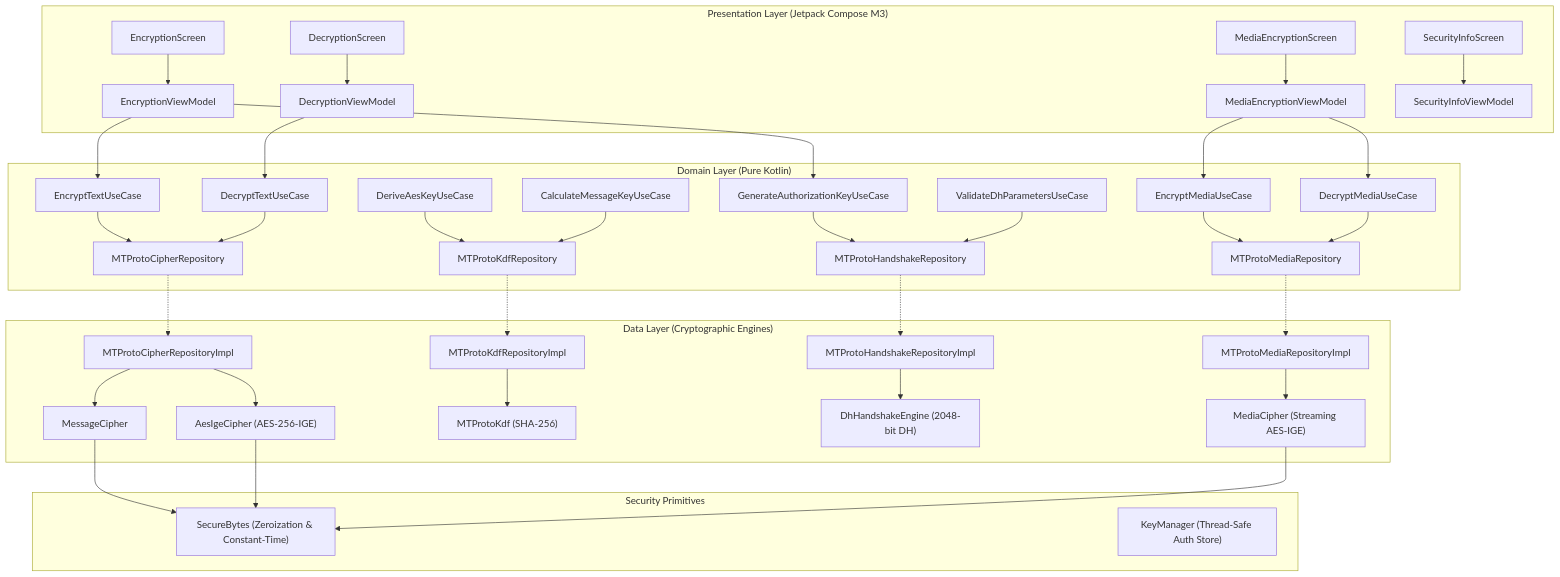
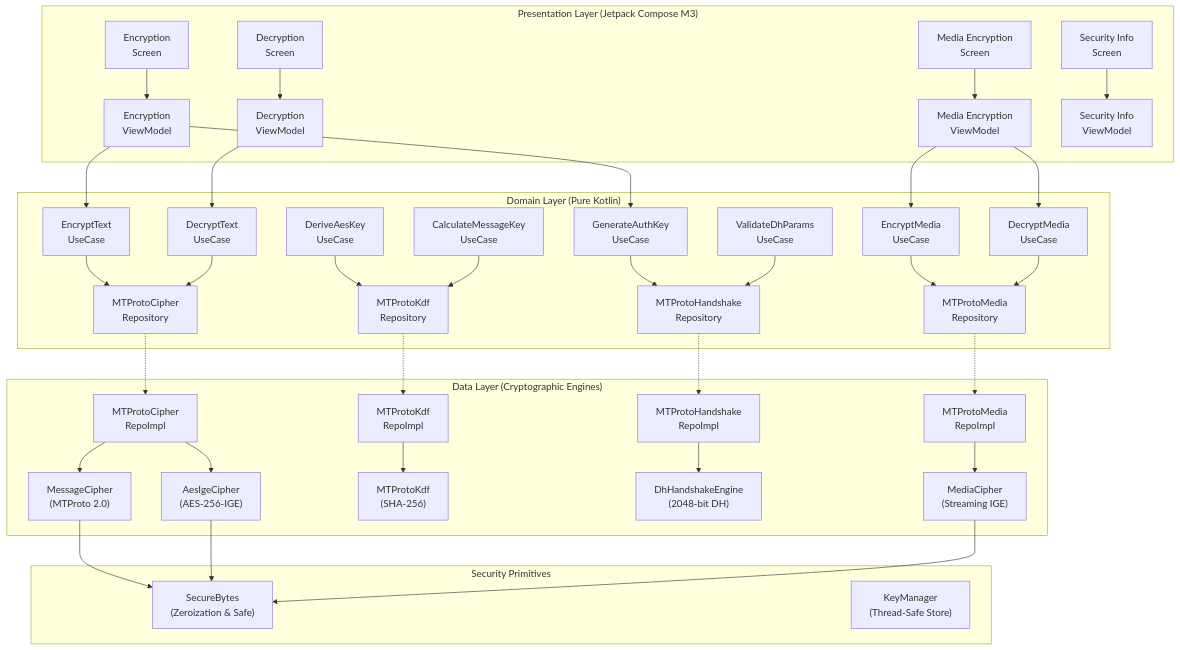
Before and after one commit to gargpadmakar/MTProtoCrypto: the diagram in README.md, drawn with Mermaid.

Commit message:
Wrap Mermaid node labels with line breaks to prevent text cutoff on GitHub

````diff
--- a/README.md
+++ b/README.md
@@ -16,82 +16,82 @@
 ```mermaid
 graph TD
     subgraph UI ["Presentation Layer (Jetpack Compose M3)"]
-        ES[EncryptionScreen]
-        DS[DecryptionScreen]
-        MS[MediaEncryptionScreen]
-        SS[SecurityInfoScreen]
+        ES["Encryption<br/>Screen"]
+        DS["Decryption<br/>Screen"]
+        MS["Media Encryption<br/>Screen"]
+        SS["Security Info<br/>Screen"]
         
-        EV[EncryptionViewModel]
-        DV[DecryptionViewModel]
-        MV[MediaEncryptionViewModel]
-        SV[SecurityInfoViewModel]
+        EV["Encryption<br/>ViewModel"]
+        DV["Decryption<br/>ViewModel"]
+        MV["Media Encryption<br/>ViewModel"]
+        SV["Security Info<br/>ViewModel"]
         
         ES --> EV
         DS --> DV
         MS --> MV
         SS --> SV
     end
 
     subgraph Domain ["Domain Layer (Pure Kotlin)"]
-        ET[EncryptTextUseCase]
-        DT[DecryptTextUseCase]
-        EM[EncryptMediaUseCase]
-        DM[DecryptMediaUseCase]
-        DA[DeriveAesKeyUseCase]
-        CM[CalculateMessageKeyUseCase]
-        GA[GenerateAuthorizationKeyUseCase]
-        VD[ValidateDhParametersUseCase]
+        ET["EncryptText<br/>UseCase"]
+        DT["DecryptText<br/>UseCase"]
+        EM["EncryptMedia<br/>UseCase"]
+        DM["DecryptMedia<br/>UseCase"]
+        DA["DeriveAesKey<br/>UseCase"]
+        CM["CalculateMessageKey<br/>UseCase"]
+        GA["GenerateAuthKey<br/>UseCase"]
+        VD["ValidateDhParams<br/>UseCase"]
         
-        CR[MTProtoCipherRepository]
-        KR[MTProtoKdfRepository]
-        HR[MTProtoHandshakeRepository]
-        MR[MTProtoMediaRepository]
+        CR["MTProtoCipher<br/>Repository"]
+        KR["MTProtoKdf<br/>Repository"]
+        HR["MTProtoHandshake<br/>Repository"]
+        MR["MTProtoMedia<br/>Repository"]
         
         EV --> ET
         EV --> GA
         DV --> DT
         MV --> EM
         MV --> DM
         
         ET --> CR
         DT --> CR
         DA --> KR
         CM --> KR
         GA --> HR
         VD --> HR
         EM --> MR
         DM --> MR
     end
 
     subgraph Data ["Data Layer (Cryptographic Engines)"]
-        CRI[MTProtoCipherRepositoryImpl]
-        KRI[MTProtoKdfRepositoryImpl]
-        HRI[MTProtoHandshakeRepositoryImpl]
-        MRI[MTProtoMediaRepositoryImpl]
+        CRI["MTProtoCipher<br/>RepoImpl"]
+        KRI["MTProtoKdf<br/>RepoImpl"]
+        HRI["MTProtoHandshake<br/>RepoImpl"]
+        MRI["MTProtoMedia<br/>RepoImpl"]
         
-        MC[MessageCipher]
-        IGE["AesIgeCipher (AES-256-IGE)"]
-        KDF["MTProtoKdf (SHA-256)"]
-        DH["DhHandshakeEngine (2048-bit DH)"]
-        MED["MediaCipher (Streaming AES-IGE)"]
+        MC["MessageCipher<br/>(MTProto 2.0)"]
+        IGE["AesIgeCipher<br/>(AES-256-IGE)"]
+        KDF["MTProtoKdf<br/>(SHA-256)"]
+        DH["DhHandshakeEngine<br/>(2048-bit DH)"]
+        MED["MediaCipher<br/>(Streaming IGE)"]
         
         CR -.-> CRI
         KR -.-> KRI
         HR -.-> HRI
         MR -.-> MRI
         
         CRI --> MC
         CRI --> IGE
         KRI --> KDF
         HRI --> DH
         MRI --> MED
     end
 
     subgraph Security ["Security Primitives"]
-        SB["SecureBytes (Zeroization & Constant-Time)"]
-        KM["KeyManager (Thread-Safe Auth Store)"]
+        SB["SecureBytes<br/>(Zeroization & Safe)"]
+        KM["KeyManager<br/>(Thread-Safe Store)"]
         MC --> SB
         IGE --> SB
         MED --> SB
     end
 ```
````
